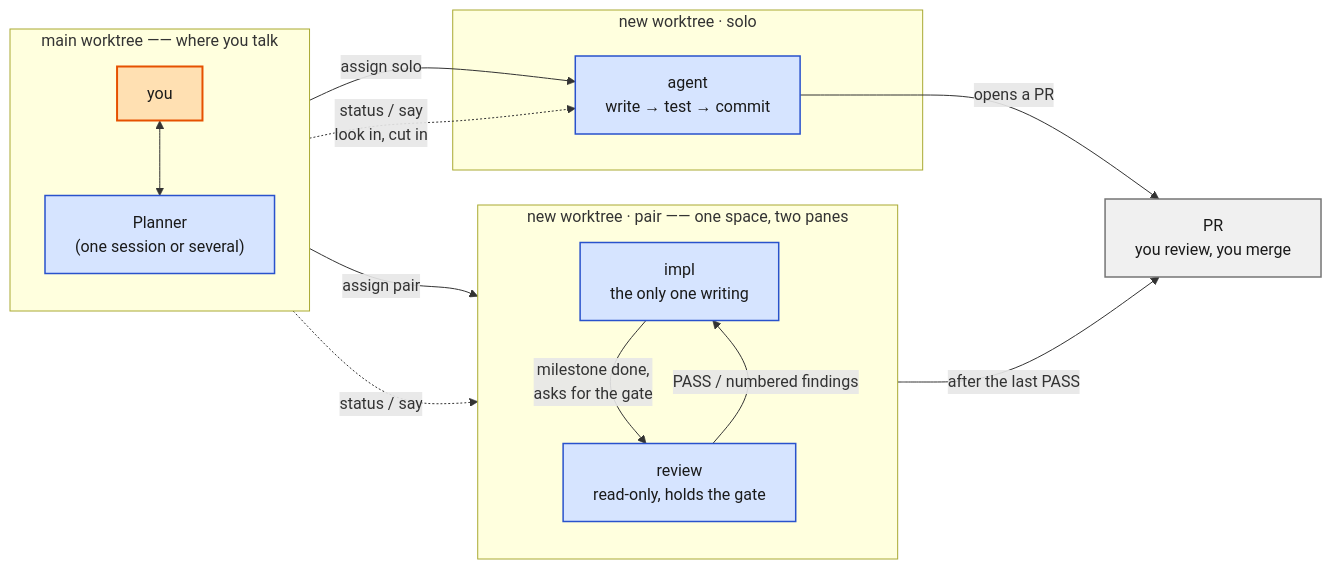
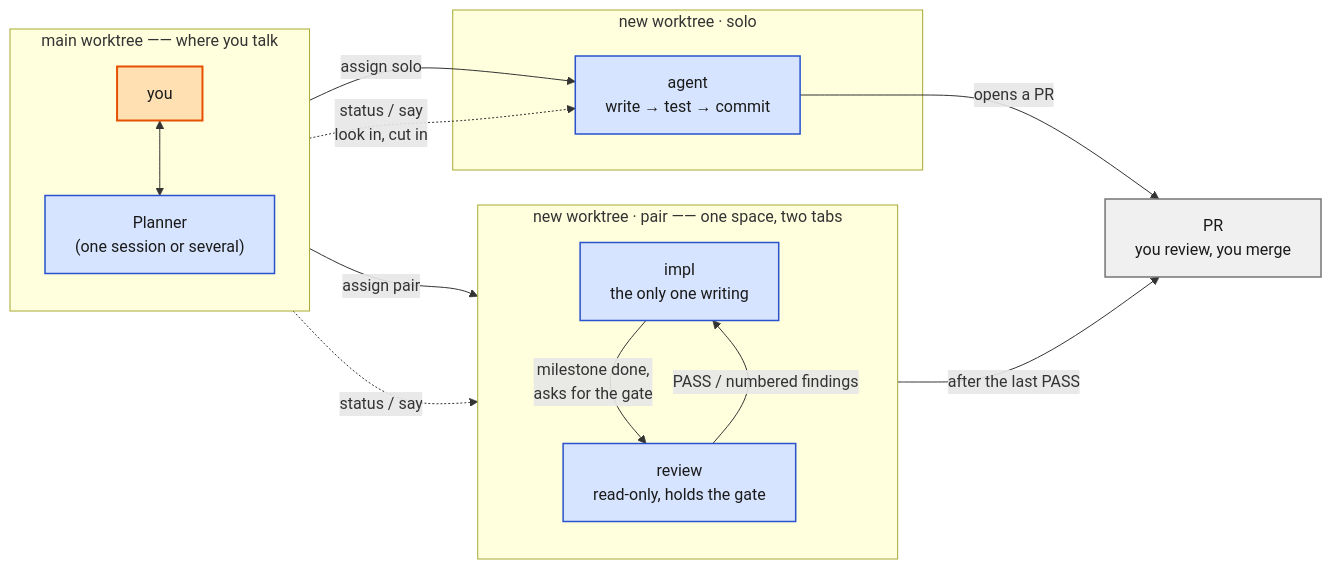
The diagram in README.md (zhen8838/foreman), drawn with Mermaid before and after one commit. The commit also changed other lines of this file and 2 other files, not shown here.

````diff
--- a/README.md
+++ b/README.md
@@ -11,35 +12,35 @@
 ```mermaid
 flowchart LR
     subgraph MAIN["main worktree —— where you talk"]
         direction TB
         YOU["you"] <--> PL["Planner<br/>(one session or several)"]
     end
 
     subgraph SOLO["new worktree · solo"]
         A["agent<br/>write → test → commit"]
     end
 
-    subgraph PAIR["new worktree · pair —— one space, two panes"]
+    subgraph PAIR["new worktree · pair —— one space, two tabs"]
         direction TB
         IM["impl<br/>the only one writing"] -- "milestone done,<br/>asks for the gate" --> RV["review<br/>read-only, holds the gate"]
         RV -- "PASS / numbered findings" --> IM
     end
 
     PL -- "assign solo" --> A
     PL -- "assign pair" --> IM
 
     PL -. "status / say<br/>look in, cut in" .-> A
     PL -. "status / say" .-> IM
 
     A -- "opens a PR" --> PR
     IM -- "after the last PASS" --> PR
 
     PR["PR<br/>you review, you merge"]
 
     classDef human fill:#FFE0B2,stroke:#E65100,stroke-width:2px,color:#1A1A1A
     classDef agent fill:#D6E4FF,stroke:#2952CC,stroke-width:1.5px,color:#1A1A1A
     classDef artifact fill:#F0F0F0,stroke:#757575,stroke-width:1.5px,color:#1A1A1A
     class YOU human
     class PL,A,IM,RV agent
     class PR artifact
 ```
````
